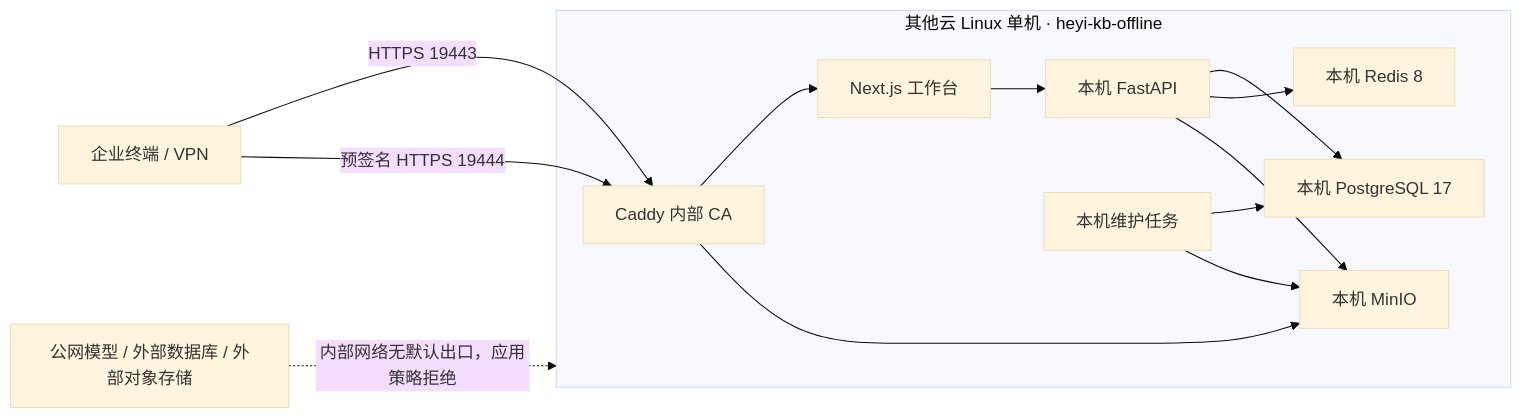
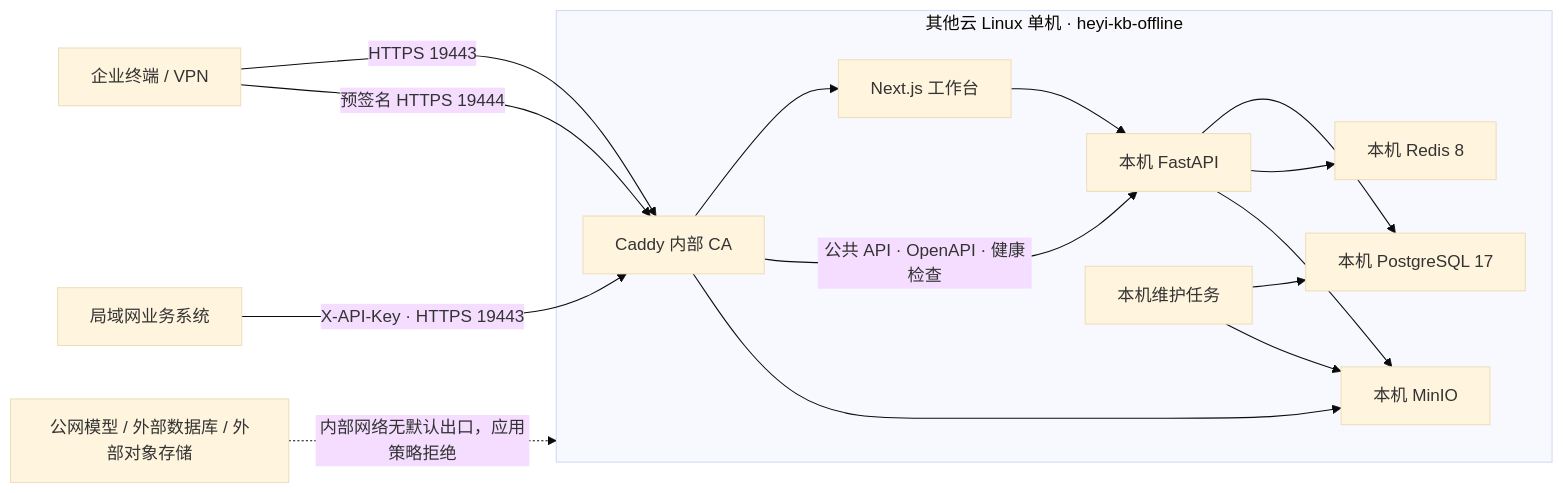
Before and after one commit to SuperGokou/knowledgebases: the diagram in docs/TENCENT_OFFLINE_ENTERPRISE_DEPLOYMENT.zh-CN.md, drawn with Mermaid (base theme). The commit also changed other lines of this file and 14 other files, not shown here.

````diff
--- a/docs/TENCENT_OFFLINE_ENTERPRISE_DEPLOYMENT.zh-CN.md
+++ b/docs/TENCENT_OFFLINE_ENTERPRISE_DEPLOYMENT.zh-CN.md
@@ -10,25 +10,27 @@
 ```mermaid
 flowchart LR
     User["企业终端 / VPN"] -->|"HTTPS 19443"| Proxy["Caddy 内部 CA"]
     User -->|"预签名 HTTPS 19444"| Proxy
+    ApiClient["局域网业务系统"] -->|"X-API-Key · HTTPS 19443"| Proxy
     Proxy --> Web["Next.js 工作台"]
+    Proxy -->|"公共 API · OpenAPI · 健康检查"| API["本机 FastAPI"]
     Proxy --> MinIO["本机 MinIO"]
-    Web --> API["本机 FastAPI"]
+    Web --> API
     API --> PostgreSQL["本机 PostgreSQL 17"]
     API --> Redis["本机 Redis 8"]
     API --> MinIO
     Maintenance["本机维护任务"] --> PostgreSQL
     Maintenance --> MinIO
 
     subgraph Host["其他云 Linux 单机 · heyi-kb-offline"]
       Proxy
       Web
       API
       Maintenance
       PostgreSQL
       Redis
       MinIO
     end
 
     Internet["公网模型 / 外部数据库 / 外部对象存储"] -. "内部网络无默认出口，应用策略拒绝" .-> Host
 ```
````
